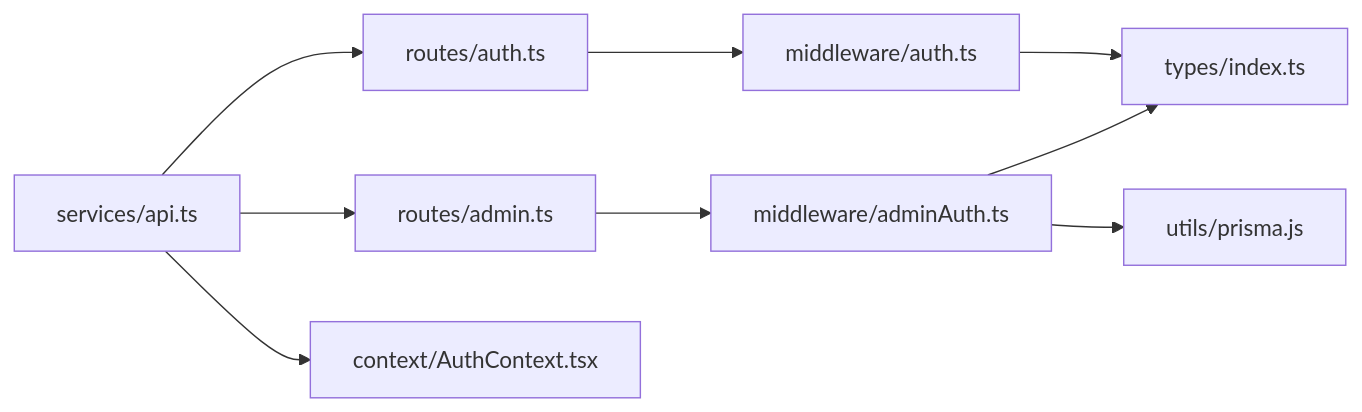
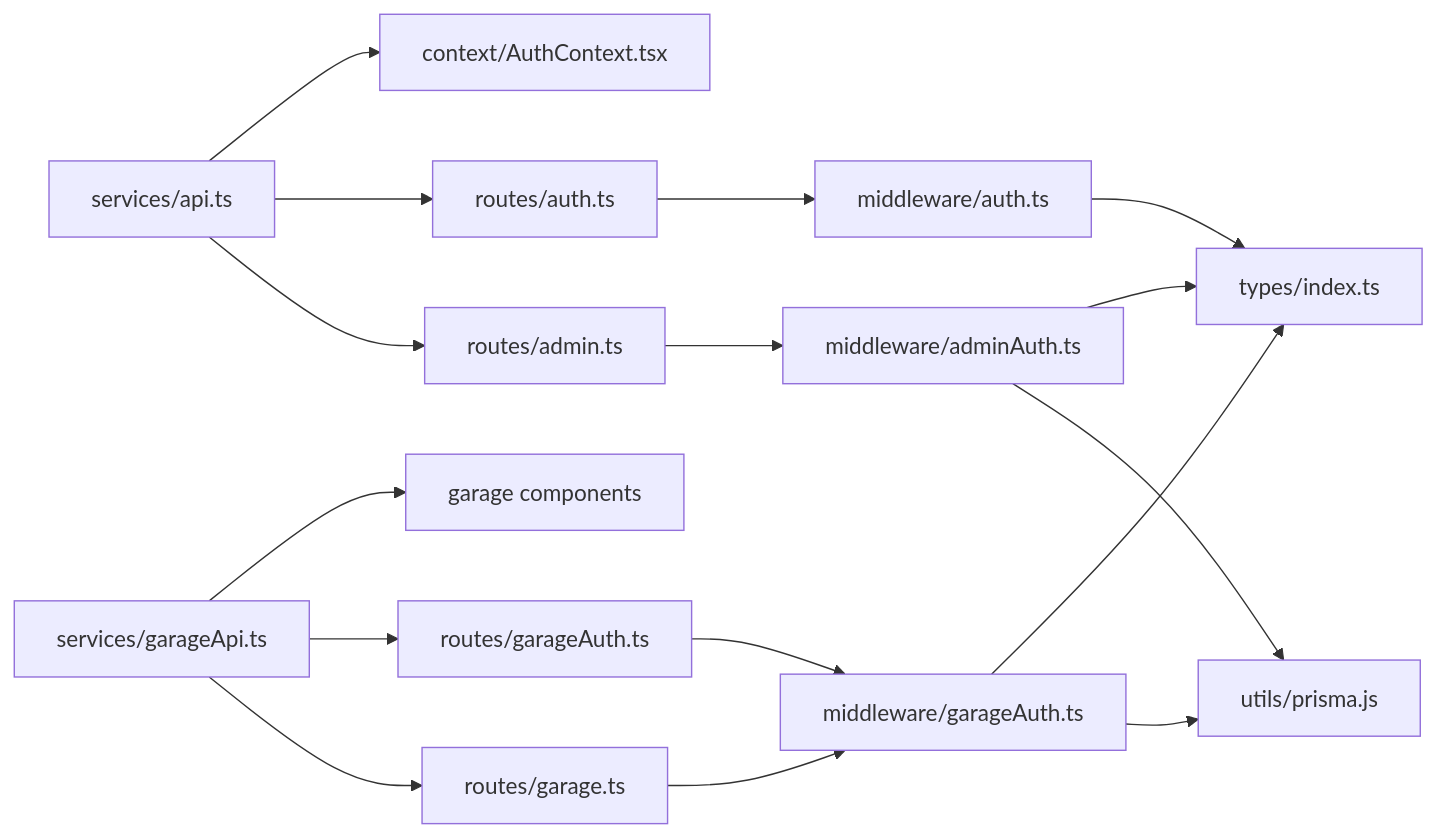
Before and after one commit to NaveenHiranya/Smart-Vehicle-Insurance-Claim-System: the tenth of 10 diagrams in .qoder/repowiki/en/content/Backend Documentation/Authentication & Authorization.md, drawn with Mermaid. The commit also changed other lines of this file and 87 other files, not shown here.

````diff
--- a/.qoder/repowiki/en/content/Backend Documentation/Authentication & Authorization.md
+++ b/.qoder/repowiki/en/content/Backend Documentation/Authentication & Authorization.md
@@ -356,11 +531,18 @@
 ```mermaid
 graph LR
 RAuth["routes/auth.ts"] --> MWAuth["middleware/auth.ts"]
 RAdmin["routes/admin.ts"] --> MWAdmin["middleware/adminAuth.ts"]
+RGarageAuth["routes/garageAuth.ts"] --> MWGarage["middleware/garageAuth.ts"]
+RGarage["routes/garage.ts"] --> MWGarage
 MWAuth --> Types["types/index.ts"]
 MWAdmin --> Types
+MWGarage --> Types
 MWAdmin --> Prisma["utils/prisma.js"]
+MWGarage --> Prisma
 FEApi["services/api.ts"] --> FECtx["context/AuthContext.tsx"]
+FEGarageApi["services/garageApi.ts"] --> FEGarageCtx["garage components"]
 FEApi --> RAuth
 FEApi --> RAdmin
+FEGarageApi --> RGarageAuth
+FEGarageApi --> RGarage
 ```
````
